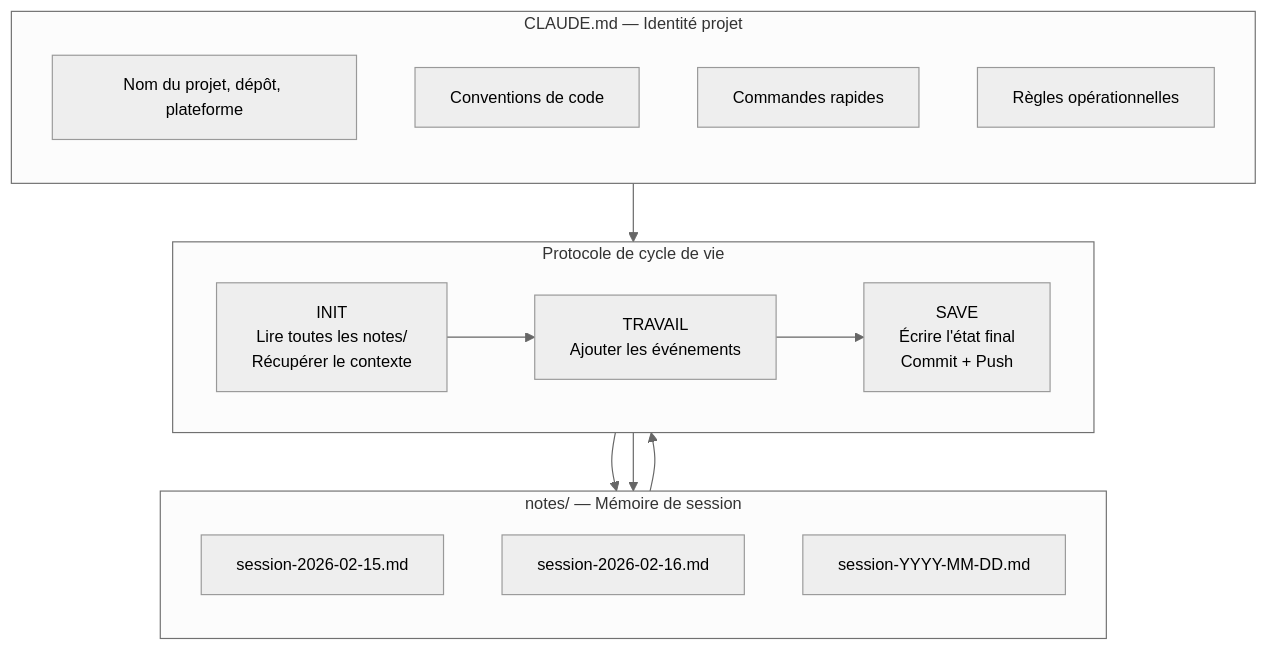
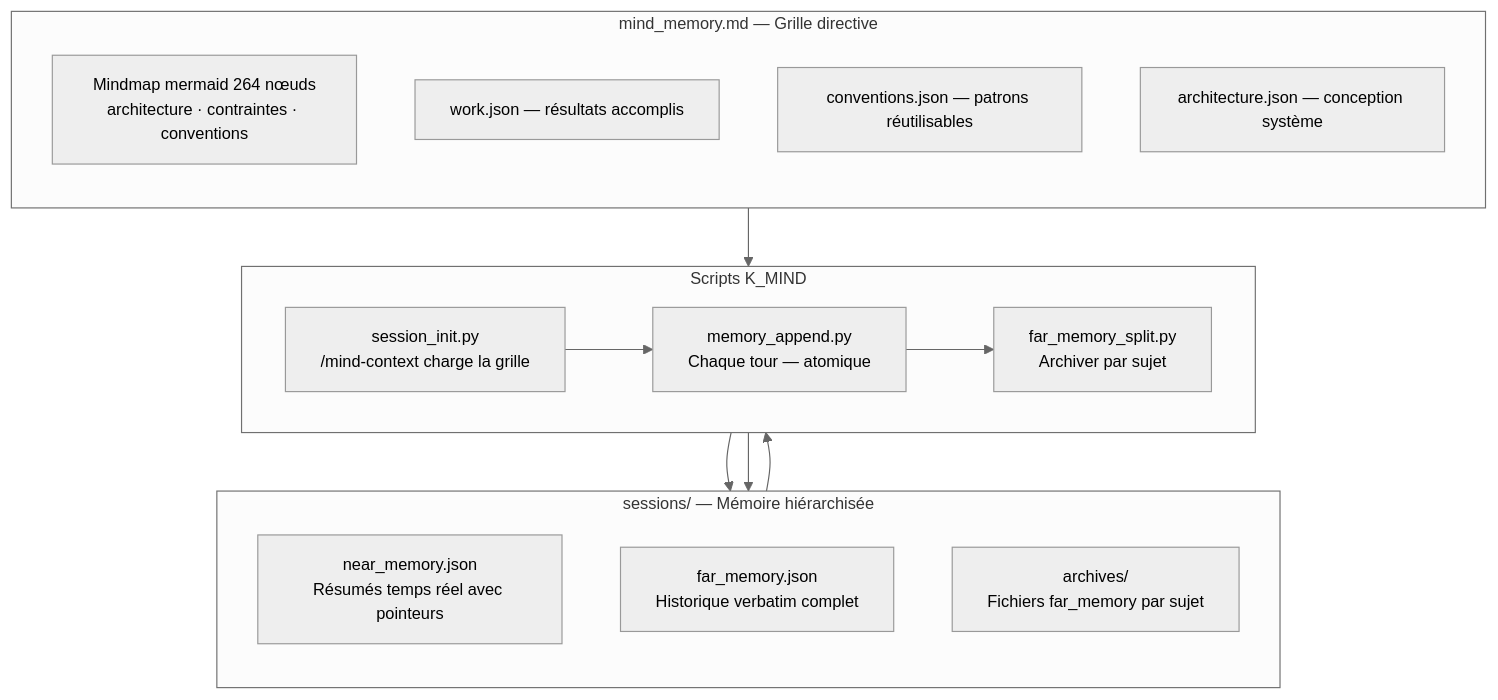
One commit to packetqc/K_DOCS changed the diagram in docs/fr/publications/ai-session-persistence/full/index.md. Above: the diagram before and after it, drawn with Mermaid. The commit also changed 1 other file, not shown here.

Commit message:
fix: update ai-session-persistence mermaid diagrams to K2.0 architecture
Replace legacy CLAUDE.md/notes/lifecycle diagram with K_MIND reality:
mind_memory.md directive grid, domain JSONs, sessions/ tiered memory
(near/far/archives), K_MIND scripts (session_init, memory_append,
far_memory_split). EN + FR full docs.

````diff
--- a/docs/fr/publications/ai-session-persistence/full/index.md
+++ b/docs/fr/publications/ai-session-persistence/full/index.md
@@ -70,31 +70,31 @@
 ```mermaid
 %%{init: {'theme': 'neutral', 'themeVariables': {'fontSize': '14px'}}}%%
 flowchart TB
-    subgraph CLAUDE_MD["CLAUDE.md — Identité projet"]
+    subgraph MIND["mind_memory.md — Grille directive"]
         direction TB
-        ID["Nom du projet, dépôt, plateforme"]
-        CONV["Conventions de code"]
-        CMDS["Commandes rapides"]
-        RULES["Règles opérationnelles"]
+        NODES["Mindmap mermaid 264 nœuds<br/>architecture · contraintes · conventions"]
+        WORK_J["work.json — résultats accomplis"]
+        CONV_J["conventions.json — patrons réutilisables"]
+        ARCH_J["architecture.json — conception système"]
     end
 
-    subgraph NOTES["notes/ — Mémoire de session"]
+    subgraph SESSIONS["sessions/ — Mémoire hiérarchisée"]
         direction TB
-        S1["session-2026-02-15.md"]
-        S2["session-2026-02-16.md"]
-        SN["session-YYYY-MM-DD.md"]
+        NEAR["near_memory.json<br/>Résumés temps réel avec pointeurs"]
+        FAR["far_memory.json<br/>Historique verbatim complet"]
+        ARCHIVES["archives/<br/>Fichiers far_memory par sujet"]
     end
 
-    subgraph LIFECYCLE["Protocole de cycle de vie"]
+    subgraph SCRIPTS["Scripts K_MIND"]
         direction LR
-        INIT["INIT<br/>Lire toutes les notes/<br/>Récupérer le contexte"]
-        WORK["TRAVAIL<br/>Ajouter les événements"]
-        SAVE["SAVE<br/>Écrire l'état final<br/>Commit + Push"]
-        INIT --> WORK --> SAVE
+        INIT["session_init.py<br/>/mind-context charge la grille"]
+        APPEND["memory_append.py<br/>Chaque tour — atomique"]
+        SPLIT["far_memory_split.py<br/>Archiver par sujet"]
+        INIT --> APPEND --> SPLIT
     end
 
-    CLAUDE_MD --> INIT
-    NOTES --> INIT
-    WORK --> NOTES
-    SAVE --> NOTES
+    MIND --> INIT
+    SESSIONS --> INIT
+    APPEND --> SESSIONS
+    SPLIT --> SESSIONS
 ```
````
